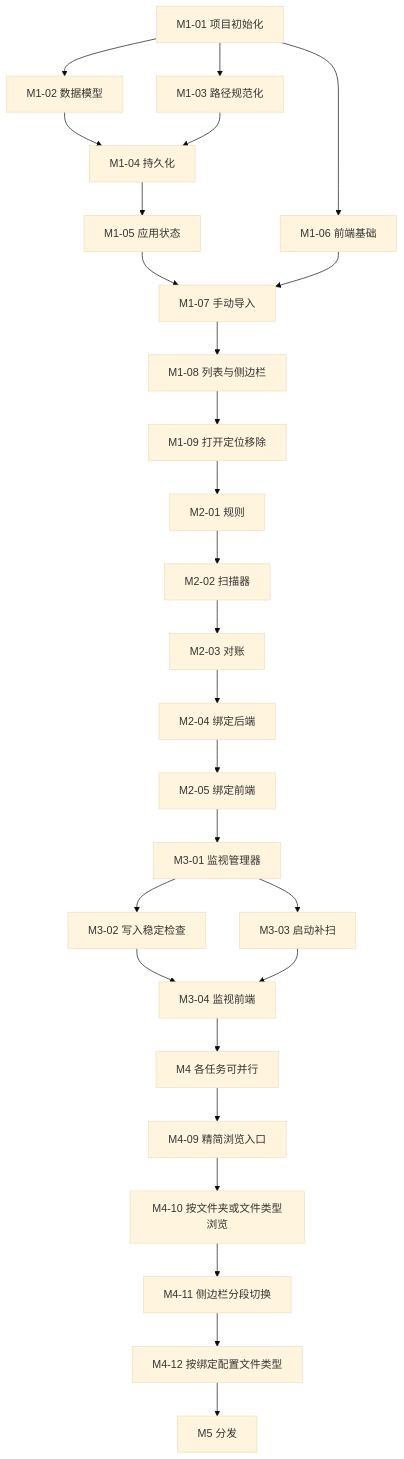
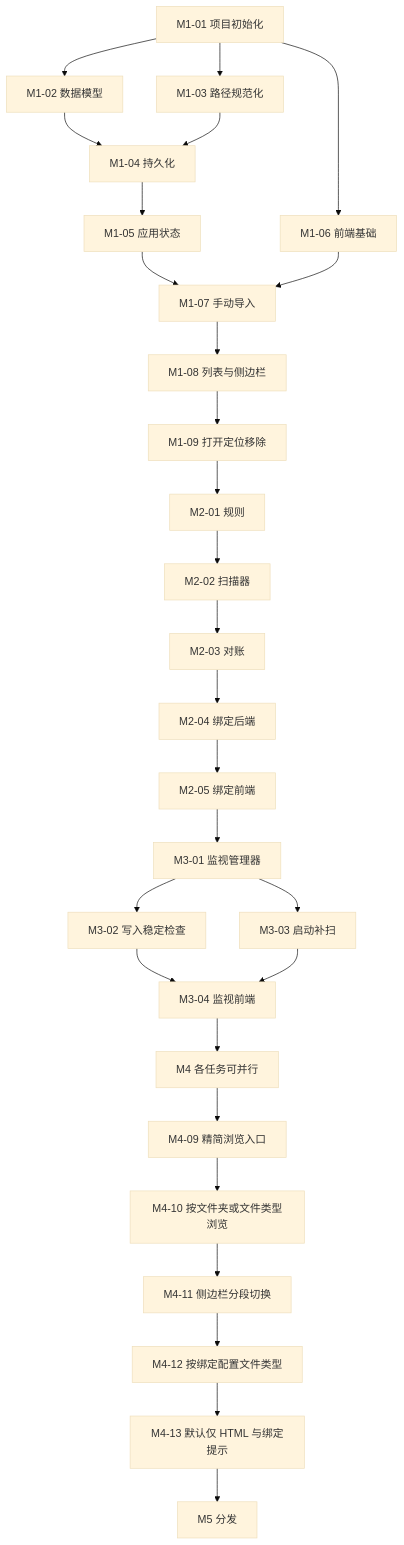
The diagram in docs/PLAN.md (623zhu/file_link), drawn with Mermaid (base theme) before and after one commit. The commit also changed other lines of this file and 3 other files, not shown here.

````diff
--- a/docs/PLAN.md
+++ b/docs/PLAN.md
@@ -102,32 +103,33 @@
 ```mermaid
 flowchart TD
   M1_01[M1-01 项目初始化] --> M1_02[M1-02 数据模型]
   M1_01 --> M1_03[M1-03 路径规范化]
   M1_01 --> M1_06[M1-06 前端基础]
   M1_02 --> M1_04[M1-04 持久化]
   M1_03 --> M1_04
   M1_04 --> M1_05[M1-05 应用状态]
   M1_05 --> M1_07[M1-07 手动导入]
   M1_06 --> M1_07
   M1_07 --> M1_08[M1-08 列表与侧边栏]
   M1_08 --> M1_09[M1-09 打开定位移除]
 
   M1_09 --> M2_01[M2-01 规则]
   M2_01 --> M2_02[M2-02 扫描器]
   M2_02 --> M2_03[M2-03 对账]
   M2_03 --> M2_04[M2-04 绑定后端]
   M2_04 --> M2_05[M2-05 绑定前端]
 
   M2_05 --> M3_01[M3-01 监视管理器]
   M3_01 --> M3_02[M3-02 写入稳定检查]
   M3_01 --> M3_03[M3-03 启动补扫]
   M3_02 --> M3_04[M3-04 监视前端]
   M3_03 --> M3_04
 
   M3_04 --> M4[M4 各任务可并行]
   M4 --> M4_09[M4-09 精简浏览入口]
   M4_09 --> M4_10[M4-10 按文件夹或文件类型浏览]
   M4_10 --> M4_11[M4-11 侧边栏分段切换]
   M4_11 --> M4_12[M4-12 按绑定配置文件类型]
-  M4_12 --> M5[M5 分发]
+  M4_12 --> M4_13[M4-13 默认仅 HTML 与绑定提示]
+  M4_13 --> M5[M5 分发]
 ```
````
